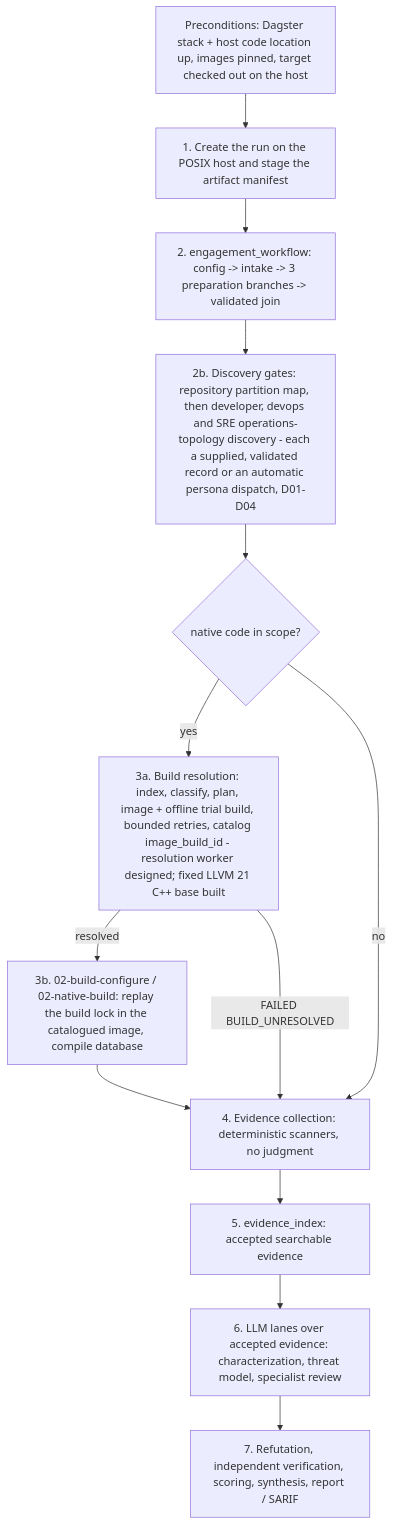
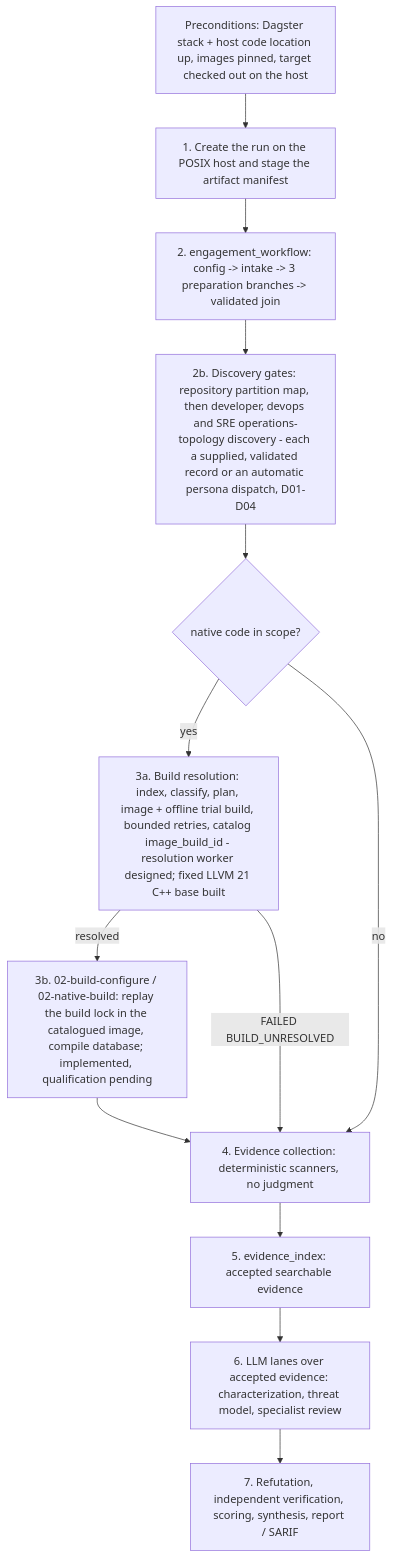
The diagram in docs/processes/engagement-start.md (wsollers/appsec-review), drawn with Mermaid before and after one commit. The commit also changed other lines of this file and 35 other files, not shown here.

Commit message:
Implement happy-path build replay and source SAST stages

````diff
--- a/docs/processes/engagement-start.md
+++ b/docs/processes/engagement-start.md
@@ -16,15 +16,15 @@
 ```mermaid
 flowchart TD
   P0[Preconditions: Dagster stack + host code location up, images pinned, target checked out on the host] --> S1
   S1[1. Create the run on the POSIX host and stage the artifact manifest] --> S2
   S2[2. engagement_workflow: config -> intake -> 3 preparation branches -> validated join] --> S2b
   S2b[2b. Discovery gates: repository partition map, then developer, devops and SRE operations-topology discovery - each a supplied, validated record or an automatic persona dispatch, D01-D04] --> G1{native code in scope?}
   G1 -- yes --> S3a[3a. Build resolution: index, classify, plan, image + offline trial build, bounded retries, catalog image_build_id - resolution worker designed; fixed LLVM 21 C++ base built]
-  S3a -- resolved --> S3[3b. 02-build-configure / 02-native-build: replay the build lock in the catalogued image, compile database]
+  S3a -- resolved --> S3[3b. 02-build-configure / 02-native-build: replay the build lock in the catalogued image, compile database; implemented, qualification pending]
   S3a -- FAILED BUILD_UNRESOLVED --> S4
   G1 -- no --> S4
   S3 --> S4[4. Evidence collection: deterministic scanners, no judgment]
   S4 --> S5[5. evidence_index: accepted searchable evidence]
   S5 --> S6[6. LLM lanes over accepted evidence: characterization, threat model, specialist review]
   S6 --> S7[7. Refutation, independent verification, scoring, synthesis, report / SARIF]
 ```
````
